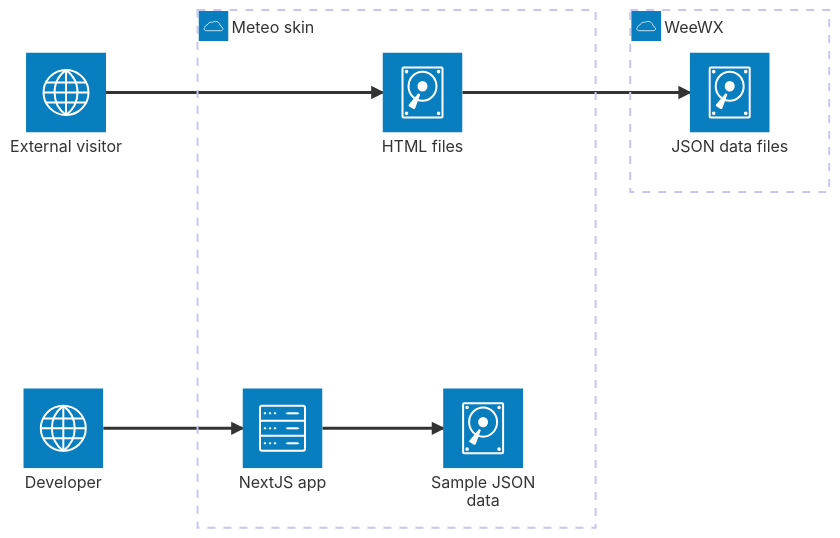
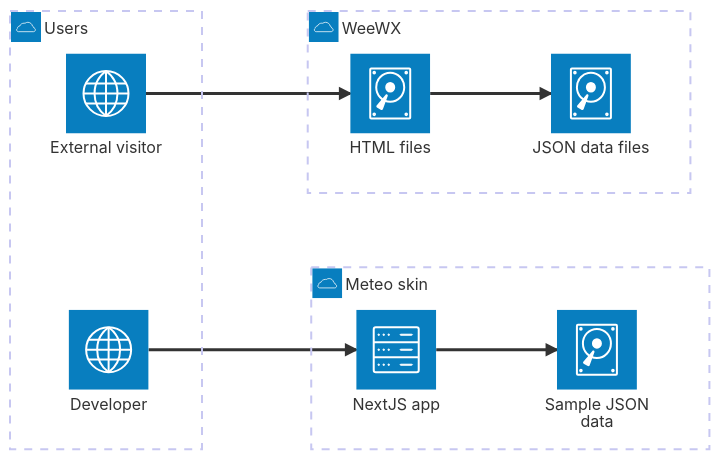
The diagram in README.md (bourquep/weewx-me.teo), drawn with Mermaid before and after one commit.

````diff
--- a/README.md
+++ b/README.md
@@ -89,19 +89,20 @@
 ```mermaid
 architecture-beta
+  group users(cloud)[Users]
   group skin(cloud)[Meteo skin]
   group weewx(cloud)[WeeWX]
 
   service nextjs(server)[NextJS app] in skin
   service sample(disk)[Sample JSON data] in skin
   service json(disk)[JSON data files] in weewx
-  service html(disk)[HTML files] in skin
+  service html(disk)[HTML files] in weewx
 
-  service visitor(internet)[External visitor]
-  service developer(internet)[Developer]
+  service visitor(internet)[External visitor] in users
+  service developer(internet)[Developer] in users
 
   visitor:R --> L:html
   html:R --> L:json
 
   developer:R --> L:nextjs
   nextjs:R --> L:sample
 ```
````
